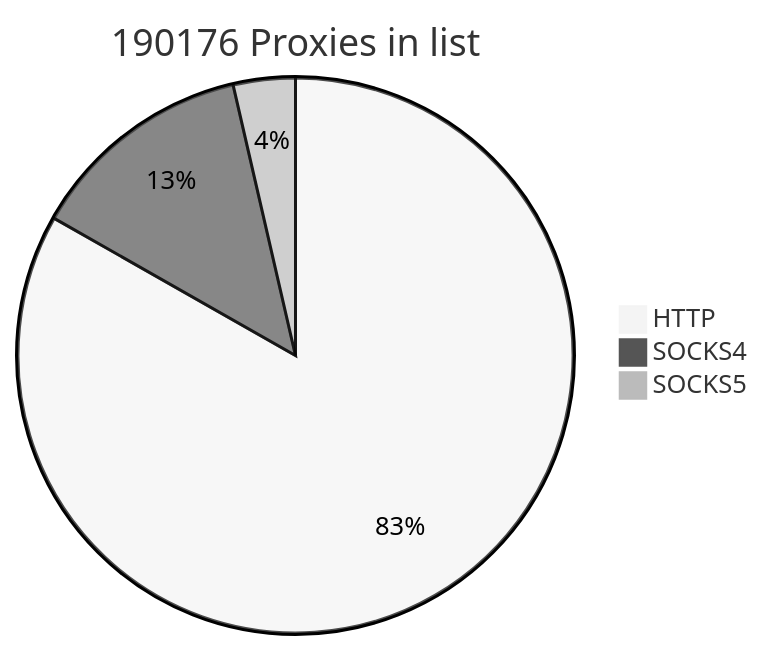
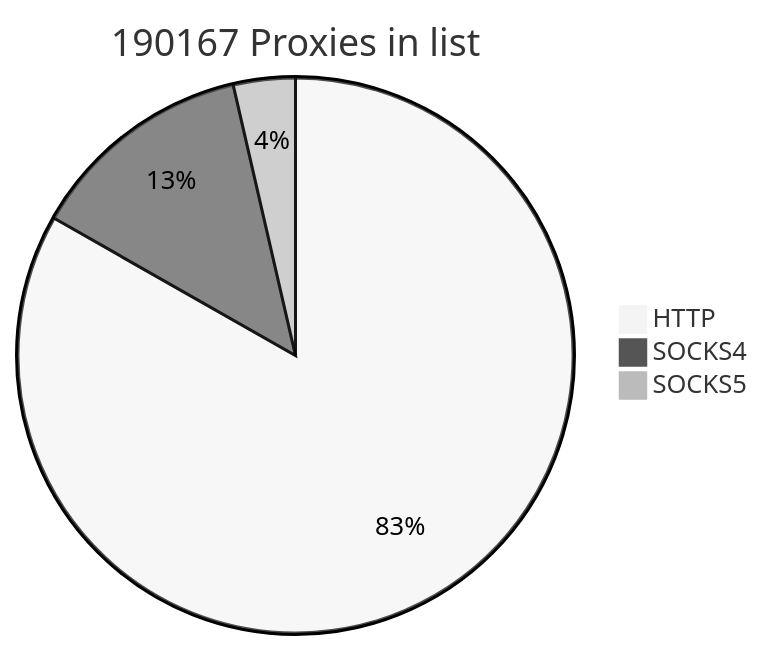
The first of 2 diagrams in README.md (cutipu/proxylist), drawn with Mermaid (neutral theme) before and after one commit. The commit also changed other lines of this file, not shown here.

````diff
--- a/README.md
+++ b/README.md
@@ -2,7 +2,7 @@
 ```mermaid
-pie title 190176 Proxies in list
+pie title 190167 Proxies in list
     "HTTP" : 158280
-    "SOCKS4" : 25035
-    "SOCKS5" : 6861
+    "SOCKS4" : 25036
+    "SOCKS5" : 6851
             
 ```
````
